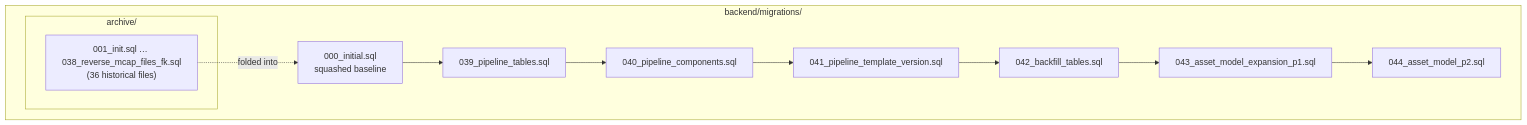
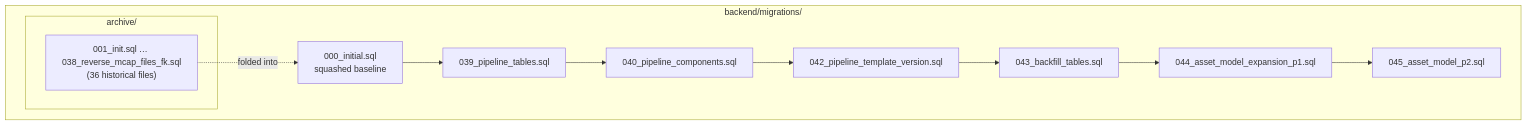
Before and after one commit to rouse2617/Databricks4robot: the first of 5 diagrams in docs/repo-wiki/data-model/migrations.md, drawn with Mermaid. The commit also changed other lines of this file and 29 other files, not shown here.

````diff
--- a/docs/repo-wiki/data-model/migrations.md
+++ b/docs/repo-wiki/data-model/migrations.md
@@ -95,17 +95,17 @@
 ```mermaid
 graph TB
   subgraph "backend/migrations/"
     BASE["000_initial.sql<br/>squashed baseline"]
     F39["039_pipeline_tables.sql"]
     F40["040_pipeline_components.sql"]
-    F41["041_pipeline_template_version.sql"]
-    F42["042_backfill_tables.sql"]
-    F43["043_asset_model_expansion_p1.sql"]
-    F44["044_asset_model_p2.sql"]
+    F41["042_pipeline_template_version.sql"]
+    F42["043_backfill_tables.sql"]
+    F43["044_asset_model_expansion_p1.sql"]
+    F44["045_asset_model_p2.sql"]
     subgraph "archive/"
       ARCH["001_init.sql … 038_reverse_mcap_files_fk.sql<br/>(36 historical files)"]
     end
   end
   BASE --> F39 --> F40 --> F41 --> F42 --> F43 --> F44
   ARCH -. "folded into" .-> BASE
 ```
````
